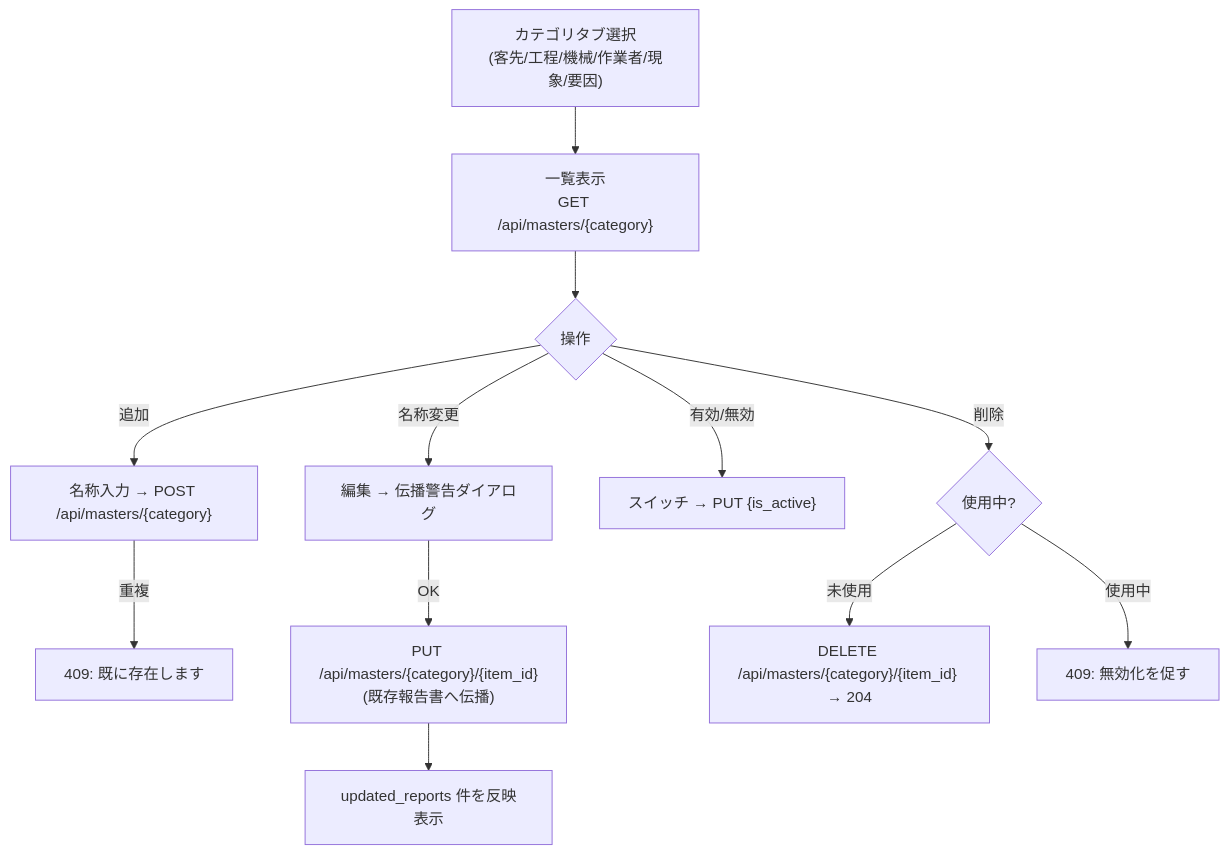
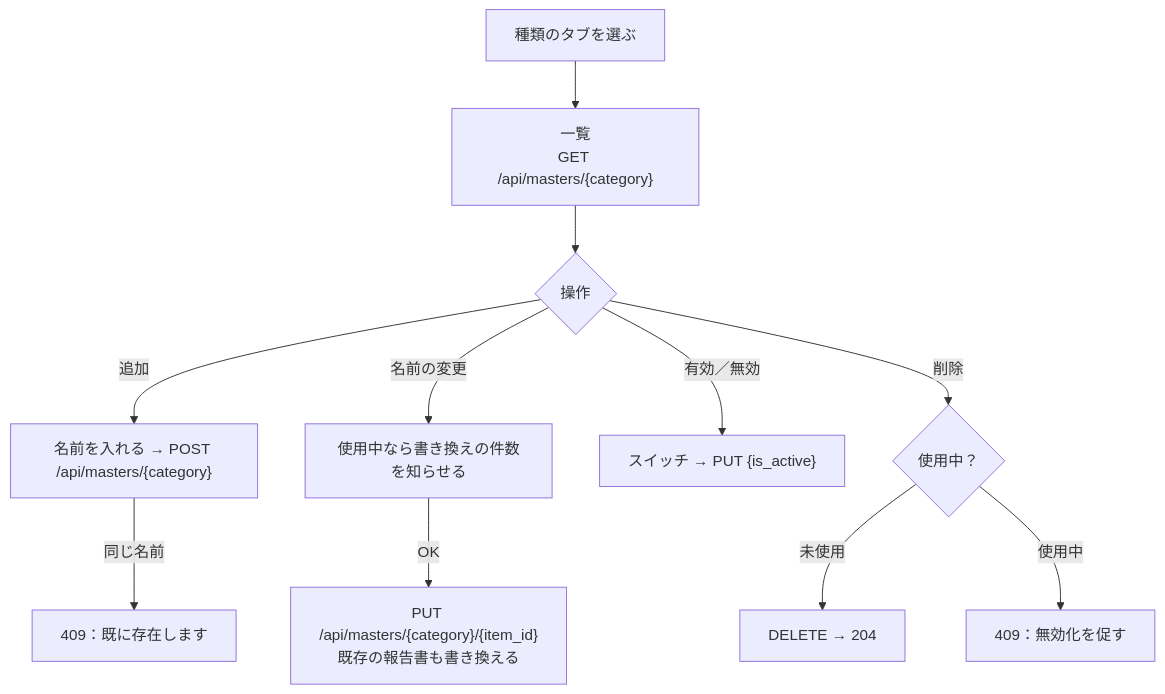
The fifth of 5 diagrams in docs/02_機能仕様書.md (luvwinnie/2026_ai_seminar), drawn with Mermaid before and after one commit. The commit also changed other lines of this file and 570 other files, not shown here.

````diff
--- a/docs/02_機能仕様書.md
+++ b/docs/02_機能仕様書.md
@@ -273,14 +402,13 @@
 ```mermaid
 flowchart TD
-    A["カテゴリタブ選択\n(客先/工程/機械/作業者/現象/要因)"] --> B["一覧表示\nGET /api/masters/{category}"]
+    A["種類のタブを選ぶ"] --> B["一覧<br/>GET /api/masters/{category}"]
     B --> C{"操作"}
-    C -->|追加| D["名称入力 → POST /api/masters/{category}"]
-    D -->|重複| D1["409: 既に存在します"]
-    C -->|名称変更| E["編集 → 伝播警告ダイアログ"]
-    E -->|OK| F["PUT /api/masters/{category}/{item_id}\n(既存報告書へ伝播)"]
-    F --> F1["updated_reports 件を反映表示"]
-    C -->|有効/無効| G["スイッチ → PUT {is_active}"]
-    C -->|削除| H{"使用中?"}
-    H -->|未使用| H1["DELETE /api/masters/{category}/{item_id} → 204"]
-    H -->|使用中| H2["409: 無効化を促す"]
+    C -->|"追加"| D["名前を入れる → POST /api/masters/{category}"]
+    D -->|"同じ名前"| D1["409：既に存在します"]
+    C -->|"名前の変更"| E["使用中なら書き換えの件数を知らせる"]
+    E -->|"OK"| F["PUT /api/masters/{category}/{item_id}<br/>既存の報告書も書き換える"]
+    C -->|"有効／無効"| G["スイッチ → PUT {is_active}"]
+    C -->|"削除"| H{"使用中？"}
+    H -->|"未使用"| H1["DELETE → 204"]
+    H -->|"使用中"| H2["409：無効化を促す"]
 ```
````
